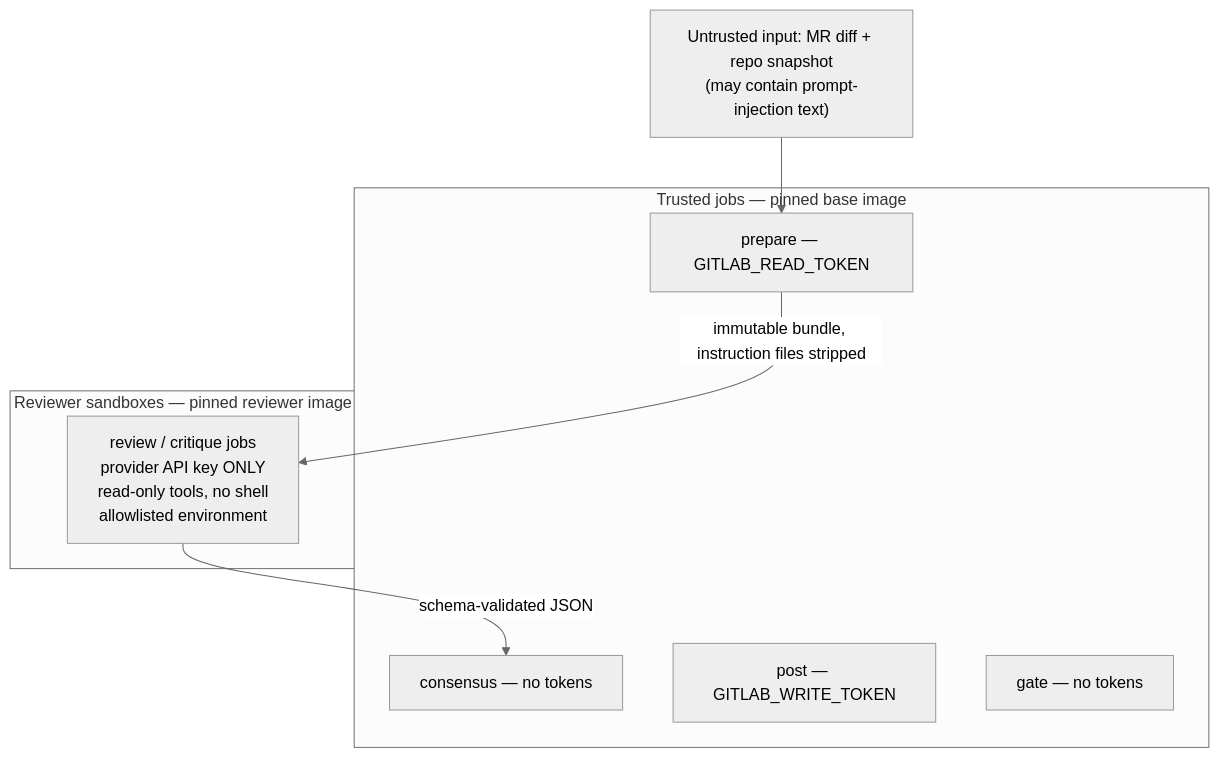
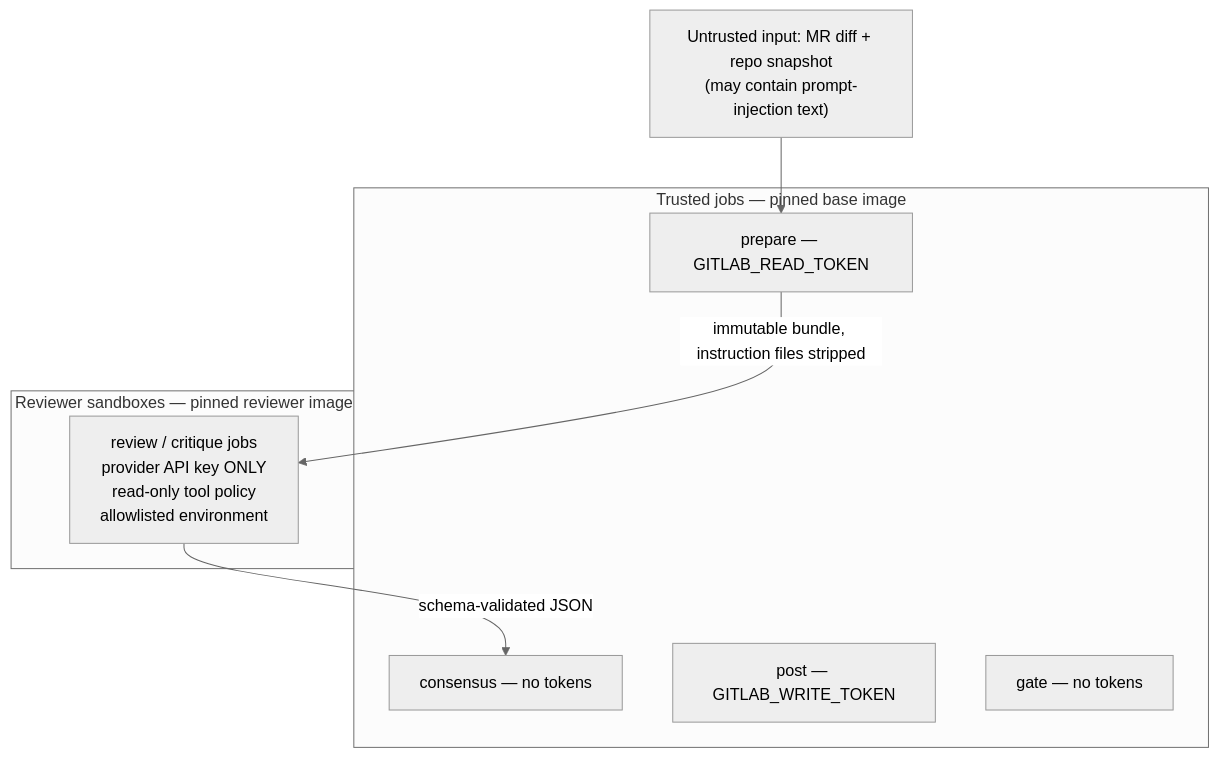
One commit to seanleecoder/code-tribunal changed the second of 2 diagrams in docs/ARCHITECTURE.md. Above: the diagram before and after it, drawn with Mermaid (neutral theme). The commit also changed other lines of this file and 9 other files, not shown here.

````diff
--- a/docs/ARCHITECTURE.md
+++ b/docs/ARCHITECTURE.md
@@ -70,16 +70,16 @@
 ```mermaid
 flowchart TB
     subgraph TRUSTED["Trusted jobs — pinned base image"]
         PREP2["prepare — GITLAB_READ_TOKEN"]
         CONS2["consensus — no tokens"]
         POST2["post — GITLAB_WRITE_TOKEN"]
         GATE2["gate — no tokens"]
     end
     subgraph SANDBOX["Reviewer sandboxes — pinned reviewer image"]
-        REV2["review / critique jobs<br/>provider API key ONLY<br/>read-only tools, no shell<br/>allowlisted environment"]
+        REV2["review / critique jobs<br/>provider API key ONLY<br/>read-only tool policy<br/>allowlisted environment"]
     end
     HOSTILE["Untrusted input: MR diff + repo snapshot<br/>(may contain prompt-injection text)"]
     HOSTILE --> PREP2
     PREP2 -->|immutable bundle, instruction files stripped| REV2
     REV2 -->|schema-validated JSON| CONS2
 ```
````
